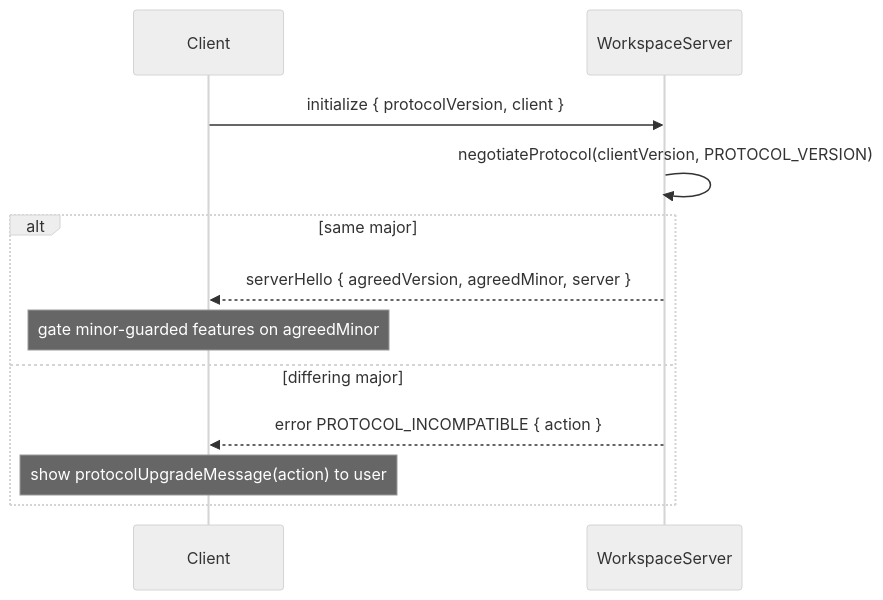
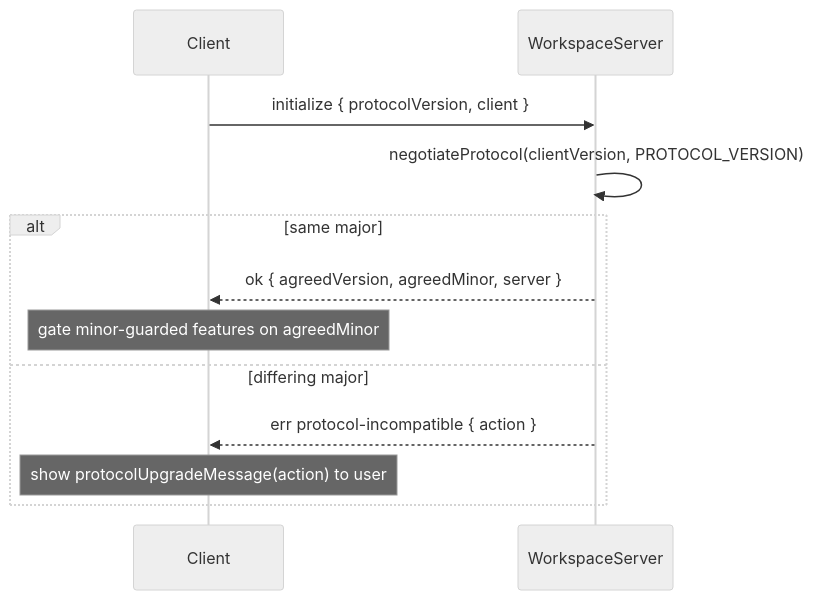
The diagram in mirrors/repos/generalaction@emdash/agents/architecture/workspace-server.md (gabrielmoreira/agent-skills-mirror), drawn with Mermaid (neutral theme) before and after one commit. The commit also changed other lines of this file and 2625 other files, not shown here.

````diff
--- a/mirrors/repos/generalaction@emdash/agents/architecture/workspace-server.md
+++ b/mirrors/repos/generalaction@emdash/agents/architecture/workspace-server.md
@@ -116,14 +170,14 @@
 ```mermaid
 sequenceDiagram
   participant C as Client
   participant S as WorkspaceServer
   C->>S: initialize { protocolVersion, client }
   S->>S: negotiateProtocol(clientVersion, PROTOCOL_VERSION)
   alt same major
-    S-->>C: serverHello { agreedVersion, agreedMinor, server }
+    S-->>C: ok { agreedVersion, agreedMinor, server }
     Note over C: gate minor-guarded features on agreedMinor
   else differing major
-    S-->>C: error PROTOCOL_INCOMPATIBLE { action }
+    S-->>C: err protocol-incompatible { action }
     Note over C: show protocolUpgradeMessage(action) to user
   end
 ```
````
